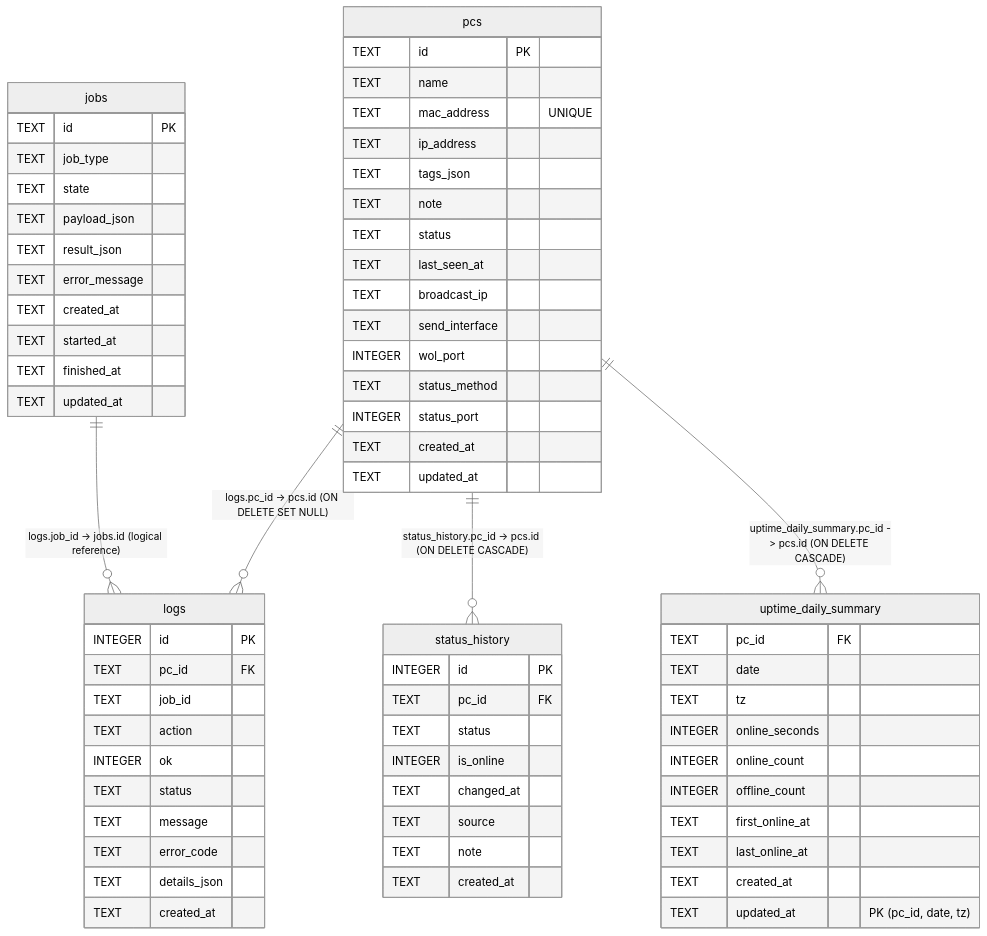
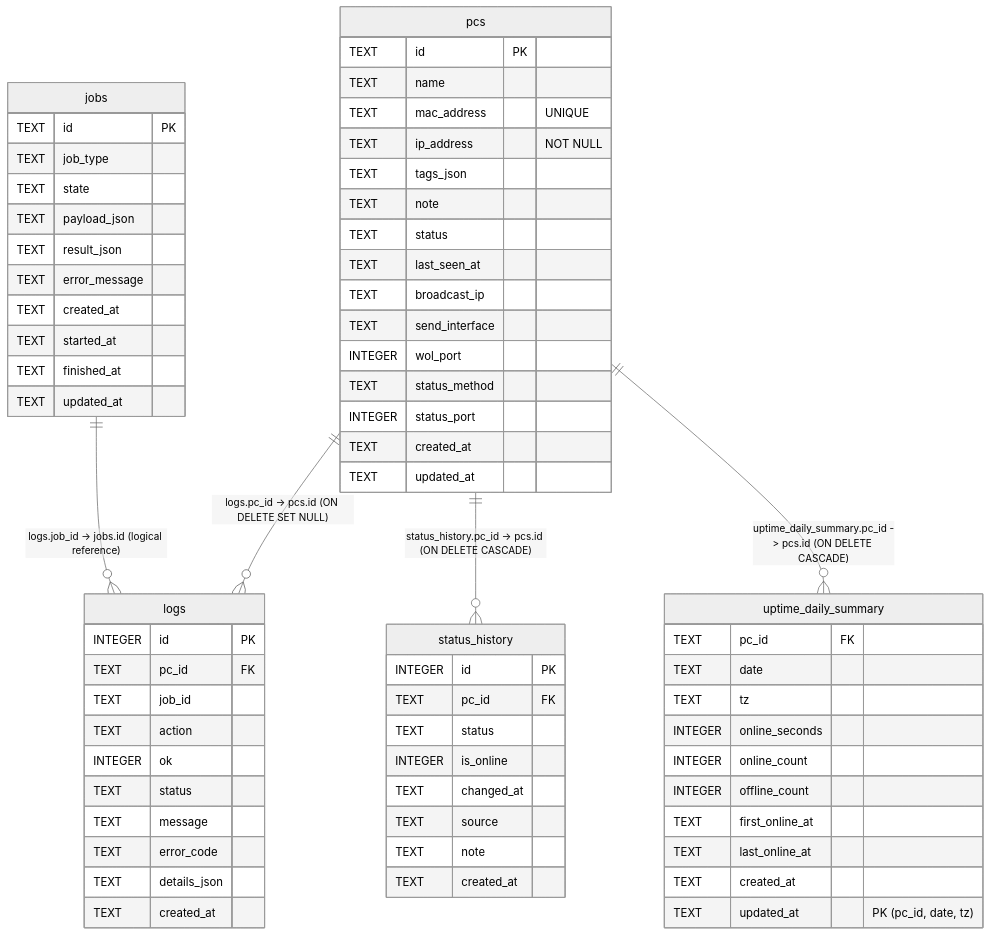
One commit to htomoya16/raspi-vpn-wol changed the diagram in docs/backend/db/er.md. Above: the diagram before and after it, drawn with Mermaid (neutral theme). The commit also changed other lines of this file and 39 other files, not shown here.

````diff
--- a/docs/backend/db/er.md
+++ b/docs/backend/db/er.md
@@ -18,76 +18,76 @@
 ```mermaid
 erDiagram
     pcs {
         TEXT id PK
         TEXT name
         TEXT mac_address "UNIQUE"
-        TEXT ip_address
+        TEXT ip_address "NOT NULL"
         TEXT tags_json
         TEXT note
         TEXT status
         TEXT last_seen_at
         TEXT broadcast_ip
         TEXT send_interface
         INTEGER wol_port
         TEXT status_method
         INTEGER status_port
         TEXT created_at
         TEXT updated_at
     }
 
     status_history {
         INTEGER id PK
         TEXT pc_id FK
         TEXT status
         INTEGER is_online
         TEXT changed_at
         TEXT source
         TEXT note
         TEXT created_at
     }
 
     uptime_daily_summary {
         TEXT pc_id FK
         TEXT date
         TEXT tz
         INTEGER online_seconds
         INTEGER online_count
         INTEGER offline_count
         TEXT first_online_at
         TEXT last_online_at
         TEXT created_at
         TEXT updated_at
         "PK (pc_id, date, tz)"
     }
 
     logs {
         INTEGER id PK
         TEXT pc_id FK
         TEXT job_id
         TEXT action
         INTEGER ok
         TEXT status
         TEXT message
         TEXT error_code
         TEXT details_json
         TEXT created_at
     }
 
     jobs {
         TEXT id PK
         TEXT job_type
         TEXT state
         TEXT payload_json
         TEXT result_json
         TEXT error_message
         TEXT created_at
         TEXT started_at
         TEXT finished_at
         TEXT updated_at
     }
 
     pcs ||--o{ logs : "logs.pc_id -> pcs.id (ON DELETE SET NULL)"
     jobs ||--o{ logs : "logs.job_id -> jobs.id (logical reference)"
     pcs ||--o{ status_history : "status_history.pc_id -> pcs.id (ON DELETE CASCADE)"
     pcs ||--o{ uptime_daily_summary : "uptime_daily_summary.pc_id -> pcs.id (ON DELETE CASCADE)"
 ```
````
